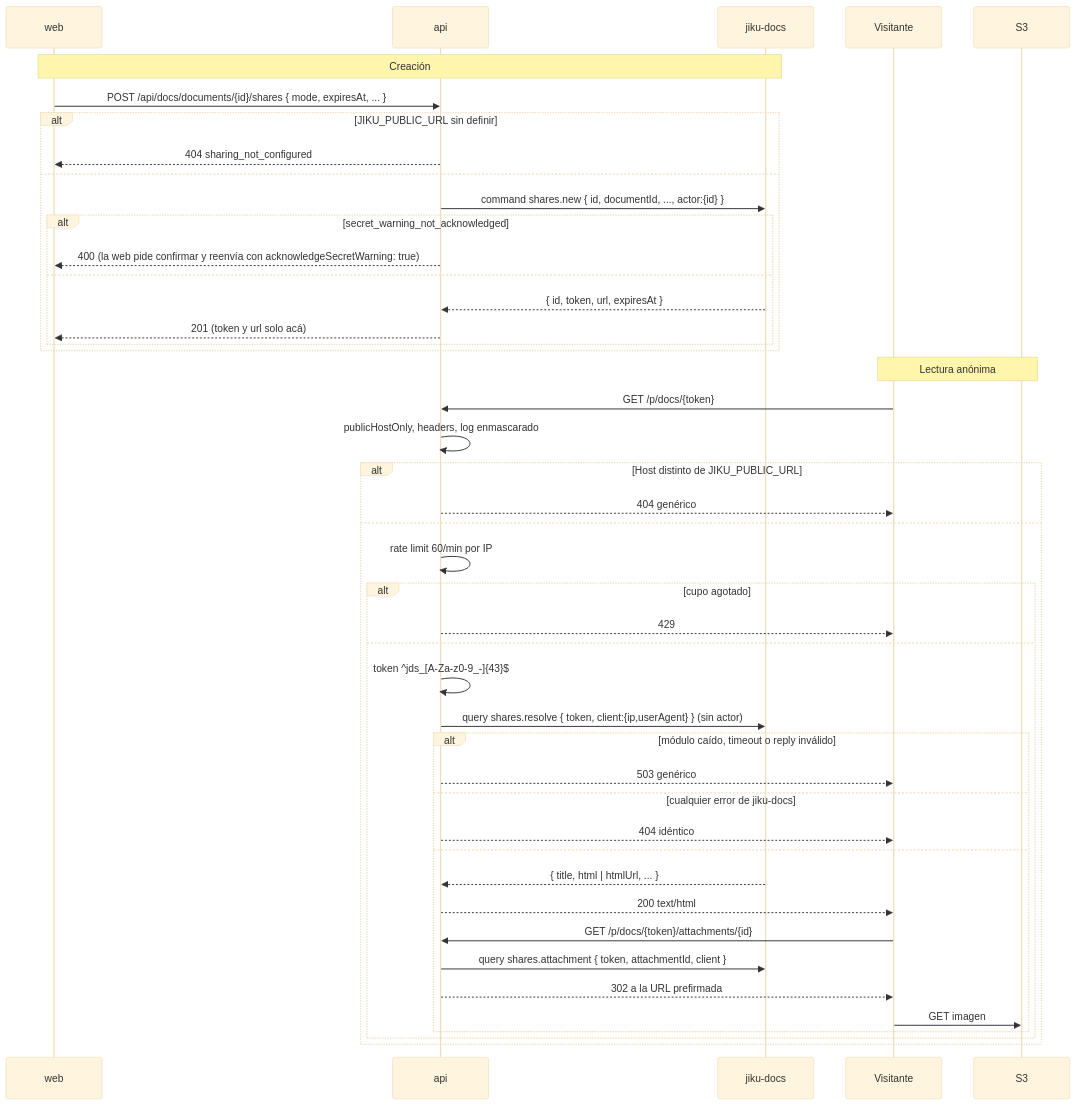
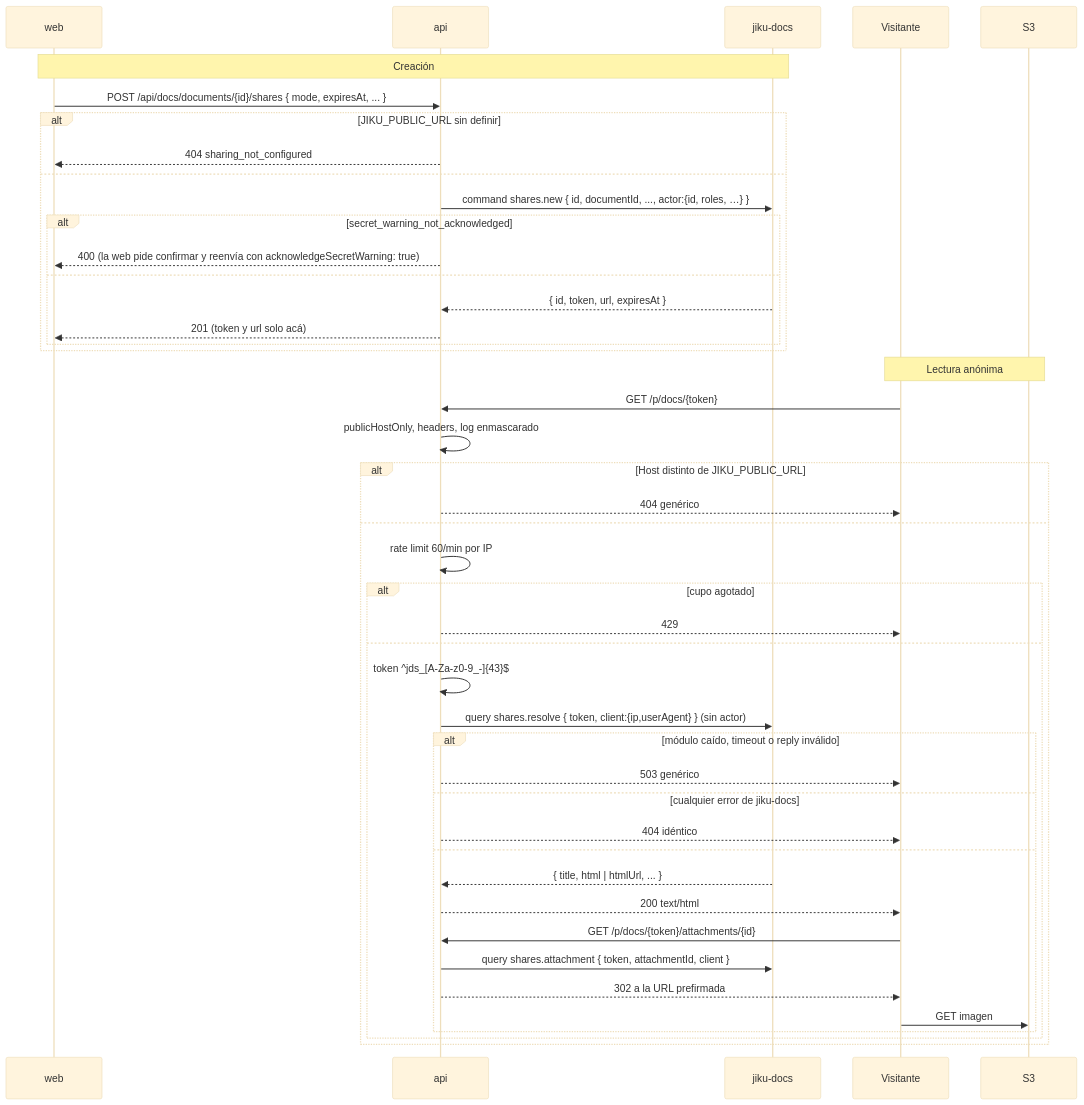
Before and after one commit to gravadigital/jiku: the diagram in docs/flows/lectura-por-link-compartido.md, drawn with Mermaid (base theme). The commit also changed other lines of this file and 17 other files, not shown here.

````diff
--- a/docs/flows/lectura-por-link-compartido.md
+++ b/docs/flows/lectura-por-link-compartido.md
@@ -47,49 +47,49 @@
 ```mermaid
 sequenceDiagram
     participant WEB as web
     participant API as api
     participant DOCS as jiku-docs
     participant V as Visitante
     participant S3 as S3
 
     Note over WEB,DOCS: Creación
     WEB->>API: POST /api/docs/documents/{id}/shares { mode, expiresAt, ... }
     alt JIKU_PUBLIC_URL sin definir
         API-->>WEB: 404 sharing_not_configured
     else
-        API->>DOCS: command shares.new { id, documentId, ..., actor:{id} }
+        API->>DOCS: command shares.new { id, documentId, ..., actor:{id, roles, …} }
         alt secret_warning_not_acknowledged
             API-->>WEB: 400 (la web pide confirmar y reenvía con acknowledgeSecretWarning: true)
         else
             DOCS-->>API: { id, token, url, expiresAt }
             API-->>WEB: 201 (token y url solo acá)
         end
     end
 
     Note over V,S3: Lectura anónima
     V->>API: GET /p/docs/{token}
     API->>API: publicHostOnly, headers, log enmascarado
     alt Host distinto de JIKU_PUBLIC_URL
         API-->>V: 404 genérico
     else
         API->>API: rate limit 60/min por IP
         alt cupo agotado
             API-->>V: 429
         else
             API->>API: token ^jds_[A-Za-z0-9_-]{43}$
             API->>DOCS: query shares.resolve { token, client:{ip,userAgent} } (sin actor)
             alt módulo caído, timeout o reply inválido
                 API-->>V: 503 genérico
             else cualquier error de jiku-docs
                 API-->>V: 404 idéntico
             else
                 DOCS-->>API: { title, html | htmlUrl, ... }
                 API-->>V: 200 text/html
                 V->>API: GET /p/docs/{token}/attachments/{id}
                 API->>DOCS: query shares.attachment { token, attachmentId, client }
                 API-->>V: 302 a la URL prefirmada
                 V->>S3: GET imagen
             end
         end
     end
 ```
````
